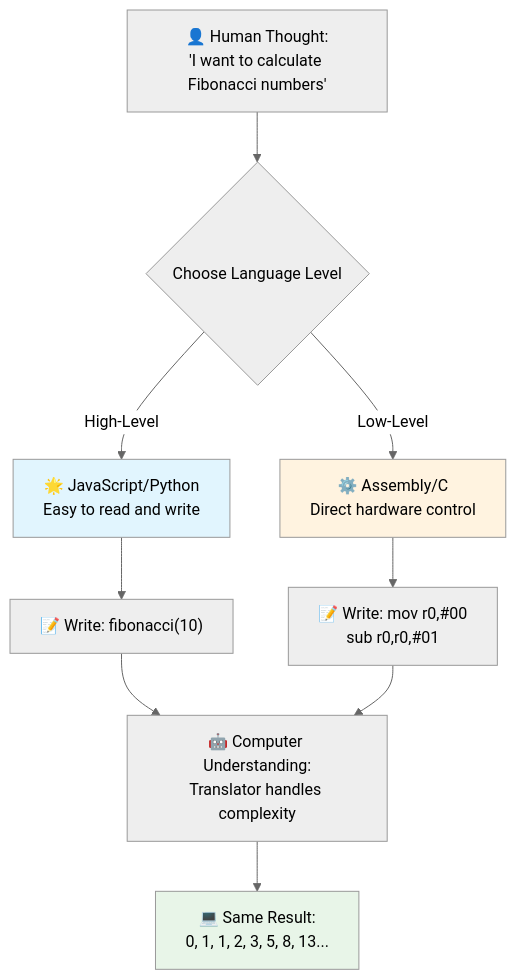
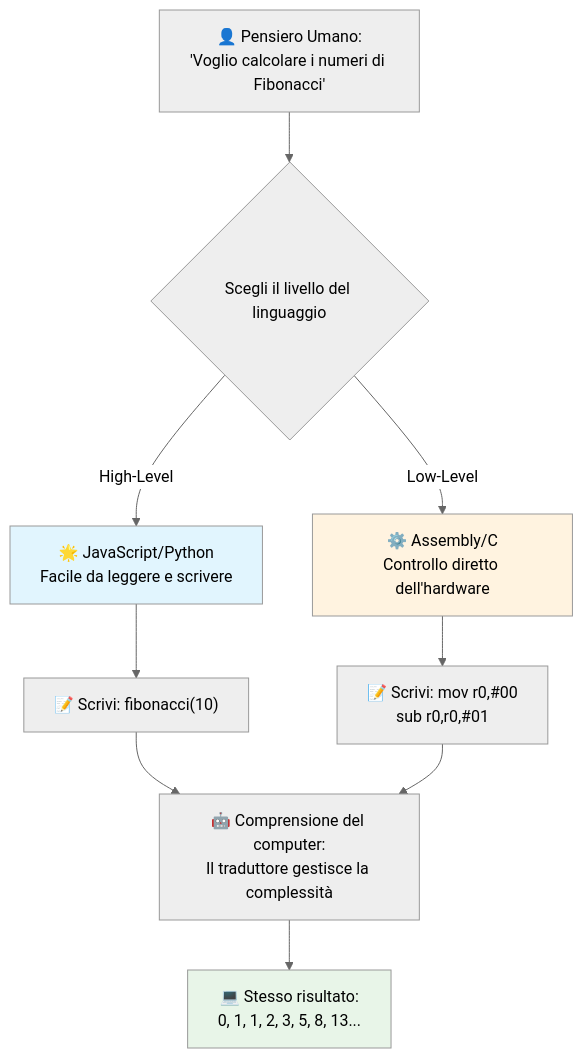
The third of 7 diagrams in translations/it/1-getting-started-lessons/1-intro-to-programming-languages/README.md (microsoft/Web-Dev-For-Beginners), drawn with Mermaid (neutral theme) before and after one commit. The commit also changed other lines of this file and 11 other files, not shown here.

````diff
--- a/translations/it/1-getting-started-lessons/1-intro-to-programming-languages/README.md
+++ b/translations/it/1-getting-started-lessons/1-intro-to-programming-languages/README.md
@@ -149,19 +148,19 @@
 ```mermaid
 flowchart TB
-    A["👤 Human Thought:<br/>'I want to calculate Fibonacci numbers'"] --> B{Choose Language Level}
+    A["👤 Pensiero Umano:<br/>'Voglio calcolare i numeri di Fibonacci'"] --> B{Scegli il livello del linguaggio}
     
-    B -->|High-Level| C["🌟 JavaScript/Python<br/>Easy to read and write"]
-    B -->|Low-Level| D["⚙️ Assembly/C<br/>Direct hardware control"]
+    B -->|High-Level| C["🌟 JavaScript/Python<br/>Facile da leggere e scrivere"]
+    B -->|Low-Level| D["⚙️ Assembly/C<br/>Controllo diretto dell'hardware"]
     
-    C --> E["📝 Write: fibonacci(10)"]
-    D --> F["📝 Write: mov r0,#00<br/>sub r0,r0,#01"]
+    C --> E["📝 Scrivi: fibonacci(10)"]
+    D --> F["📝 Scrivi: mov r0,#00<br/>sub r0,r0,#01"]
     
-    E --> G["🤖 Computer Understanding:<br/>Translator handles complexity"]
+    E --> G["🤖 Comprensione del computer:<br/>Il traduttore gestisce la complessità"]
     F --> G
     
-    G --> H["💻 Same Result:<br/>0, 1, 1, 2, 3, 5, 8, 13..."]
+    G --> H["💻 Stesso risultato:<br/>0, 1, 1, 2, 3, 5, 8, 13..."]
     
     style C fill:#e1f5fe
     style D fill:#fff3e0
     style H fill:#e8f5e8
 ```
````
